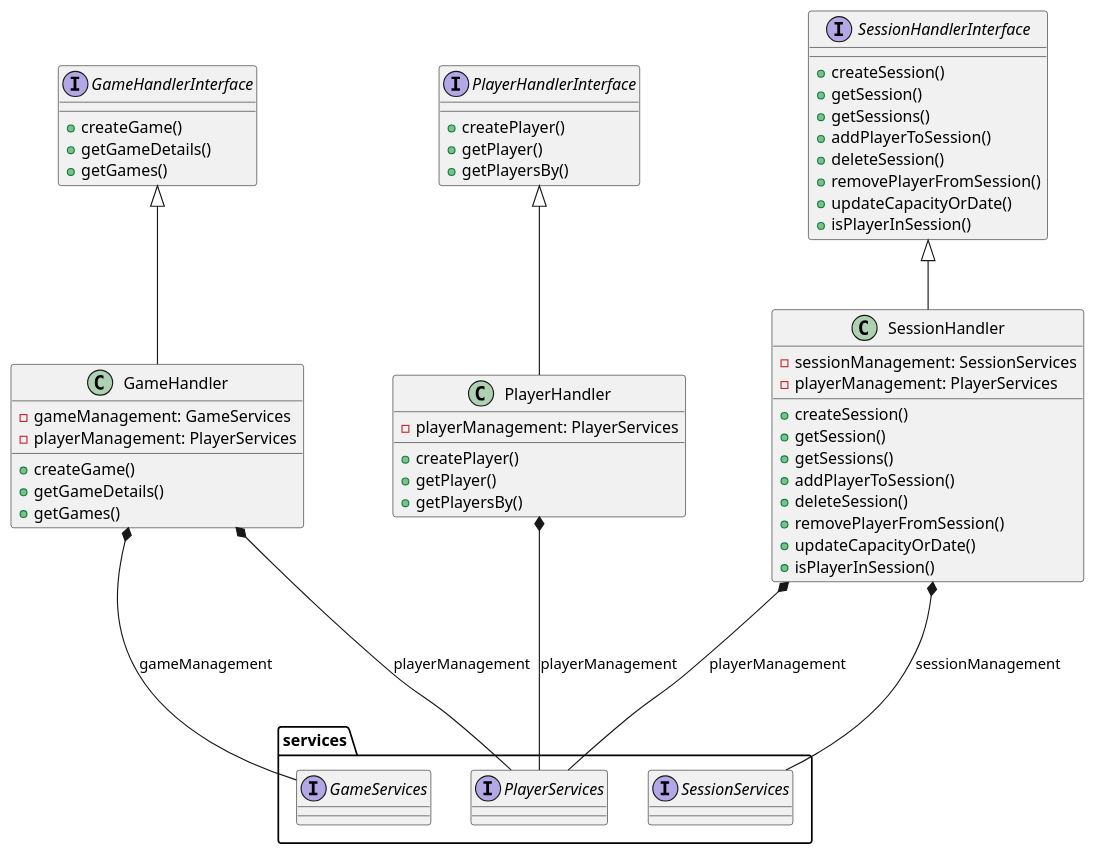
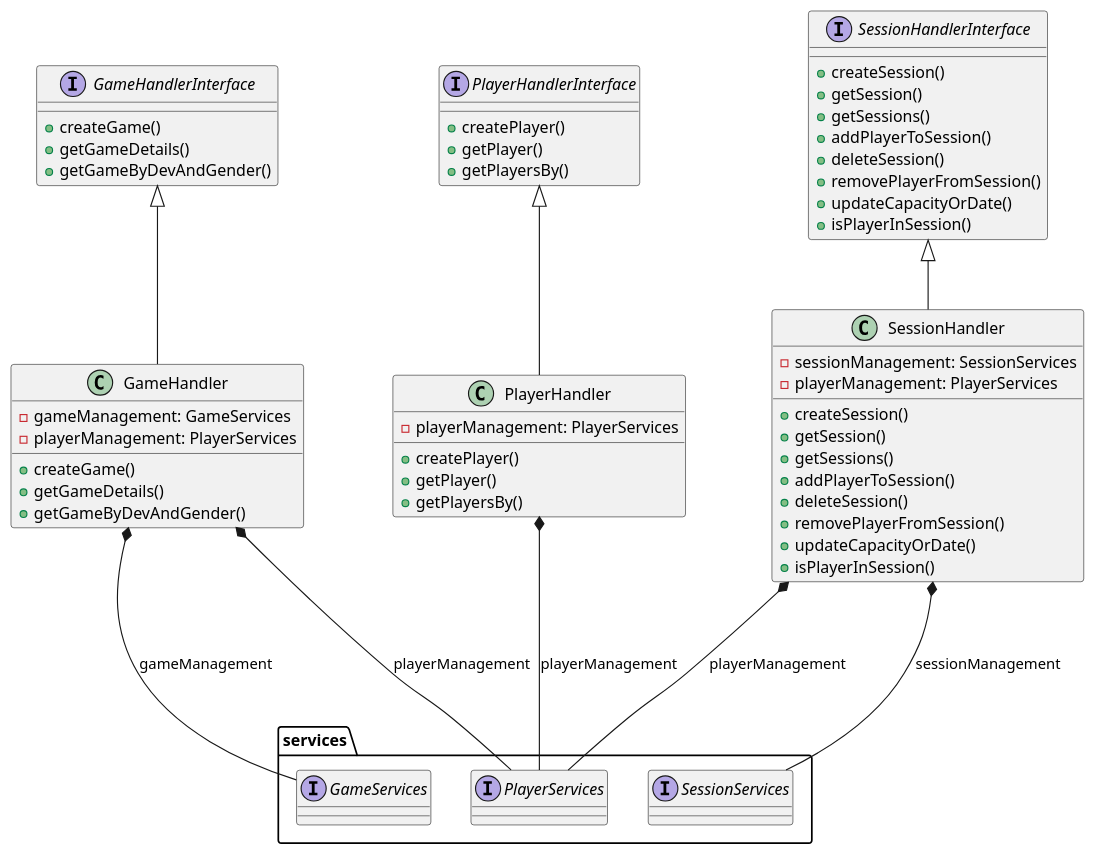
One commit to Thuzys/Session_Control changed the diagram in phase3/src/main/kotlin/pt/isel/ls/webApi/WebApiDiagram.puml. Above: the diagram before and after it, drawn with PlantUML. The commit also changed 22 other files, not shown here.

```diff
--- a/phase3/src/main/kotlin/pt/isel/ls/webApi/WebApiDiagram.puml
+++ b/phase3/src/main/kotlin/pt/isel/ls/webApi/WebApiDiagram.puml
@@ -1,71 +1,71 @@
 @startuml
 'https://plantuml.com/sequence-diagram
 
 Interface GameHandlerInterface {
     +createGame()
     +getGameDetails()
-    +getGames()
+    +getGameByDevAndGender()
 }
 
 Interface SessionHandlerInterface {
     + createSession()
     + getSession()
     + getSessions()
     + addPlayerToSession()
     + deleteSession()
     + removePlayerFromSession()
     + updateCapacityOrDate()
     + isPlayerInSession()
 }
 
 Interface PlayerHandlerInterface {
     +createPlayer()
     +getPlayer()
     +getPlayersBy()
 }
 
 class GameHandler {
     +createGame()
     +getGameDetails()
-    +getGames()
+    +getGameByDevAndGender()
     - gameManagement: GameServices
     - playerManagement: PlayerServices
 }
 
 class SessionHandler {
     +createSession()
     +getSession()
     +getSessions()
     +addPlayerToSession()
     +deleteSession()
     +removePlayerFromSession()
     +updateCapacityOrDate()
     +isPlayerInSession()
     - sessionManagement: SessionServices
     - playerManagement: PlayerServices
 }
 
 class PlayerHandler {
     +createPlayer()
     +getPlayer()
     +getPlayersBy()
     - playerManagement: PlayerServices
 }
 
 package services {
     Interface GameServices
     Interface SessionServices
     Interface PlayerServices
 }
 
 GameHandlerInterface <|-- GameHandler
 SessionHandlerInterface <|-- SessionHandler
 PlayerHandlerInterface <|-- PlayerHandler
 
 GameHandler *--- services.GameServices : gameManagement
 GameHandler *--- services.PlayerServices : playerManagement
 SessionHandler *--- services.SessionServices : sessionManagement
 SessionHandler *--- services.PlayerServices : playerManagement
 PlayerHandler *--- services.PlayerServices : playerManagement
 
 @enduml
```
